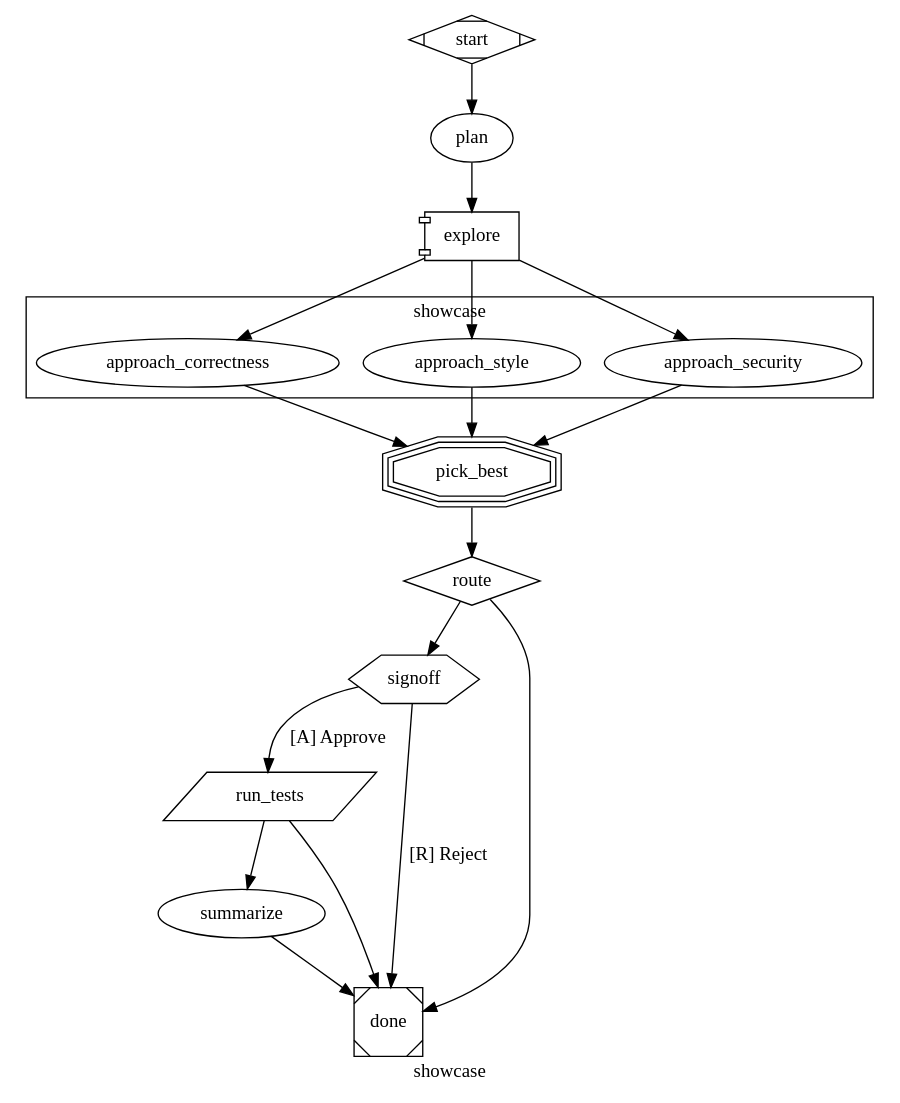
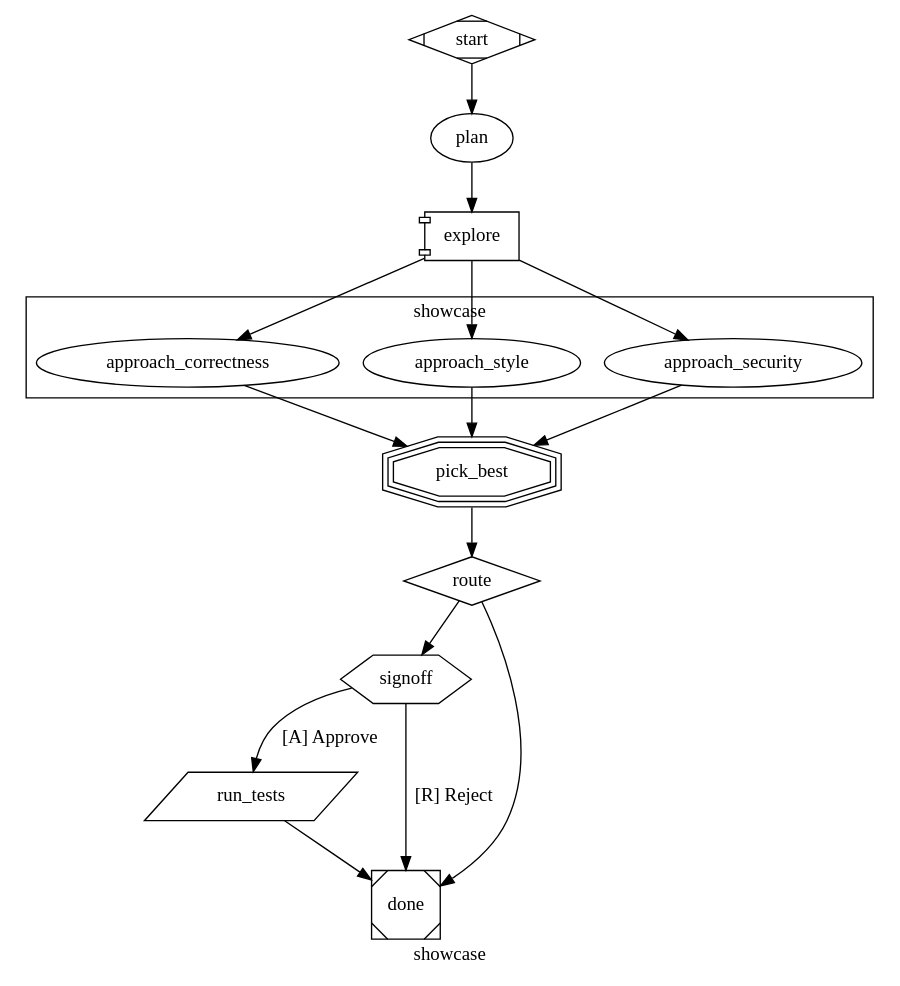
One commit to purrgrammer/fragua changed the diagram in .swarm/workflows/showcase.dot. Above: the diagram before and after it, drawn with Graphviz. The commit also changed 2 other files, not shown here.

Commit message:
[workflows] drop summarize nodes; merge accepts run id
- fix-bug.dot, showcase.dot: remove summarize codergen nodes; the agent's
  final assistant text already lands in the messages projection, so a
  dedicated summary turn is just extra Opus tokens.
- merge.dot: preflight resolves a swarm run id (matches ^[0-9a-z]{20,}$)
  by falling back to `swarm/runs/<id>` after the literal checkout fails,
  so `swarm run merge --input=<run-id>` works.

```diff
--- a/.swarm/workflows/showcase.dot
+++ b/.swarm/workflows/showcase.dot
@@ -1,105 +1,98 @@
 // showcase.dot — reference workflow exercising every shape and key feature.
 //
 // Shapes covered (attractor §2.8):
 //   Mdiamond      → start
 //   Msquare       → exit (done)
-//   box           → codergen          (plan, approach_*, summarize)
+//   box           → codergen          (plan, approach_*)
 //   component     → parallel          (explore — branches converge on pick_best)
 //   tripleoctagon → parallel.fan_in   (pick_best — LLM rank via prompt; fan-in
 //                                       target discovered structurally via edges
 //                                       per attractor §4.8)
 //   diamond       → conditional       (route — pure edge routing)
 //   hexagon       → wait.human        (signoff)
 //   parallelogram → tool              (run_tests — bun test)
 //
 // Also exercised: subgraph-derived class (`cluster_review` → `.review`),
 // stylesheet specificity (universal → class → id), `$<nodeId>.output`
 // chaining, condition-language reads on `context.hitl.<nodeId>`.
 //
 //   bun run swarm run showcase --input="explain the diff at HEAD"
 
 digraph showcase {
   graph [
     goal             = "Reference: every shape, parallel + fan_in, HITL pause/resume, tool node, class-based stylesheet."
     label            = "showcase"
     default_fidelity = "compact"
     model_stylesheet = "
       *          { llm_provider: anthropic; llm_model: claude-sonnet-4-6; }
       .review    { llm_model: claude-opus-4-7; }
       #pick_best { llm_model: claude-opus-4-7; reasoning_effort: high; }
     "
   ]
 
   start [shape=Mdiamond]
 
   plan [
     prompt = "Summarise $ARGUMENTS as a 3-line brief: WHAT changed, WHERE (package/path), WHY. End with `<promise>BRIEF_READY</promise>`."
     allowed_tools = "read, bash"
   ]
 
   explore [shape=component, join_policy="wait_all"]
 
   // cluster_review derives class `review`; the stylesheet gives every node
   // in here Opus + high reasoning. Branches are read-only deliberation.
   subgraph cluster_review {
     approach_correctness [
       prompt = "Using $plan.output, run `git diff HEAD` and list up to 3 CORRECTNESS risks (logic bugs, off-by-one, missing null checks): `RISK: <one line> (file:line)`. None → `NO_RISKS`."
       allowed_tools = "read, bash"
     ]
     approach_style [
       prompt = "Using $plan.output, run `git diff HEAD` and list STYLE/consistency regressions: `STYLE: <one line> (file:line)`. None → `NO_FINDINGS`."
       allowed_tools = "read, bash"
     ]
     approach_security [
       prompt = "Using $plan.output, run `git diff HEAD` and list SECURITY concerns (unvalidated input, secret leaks, auth bypass, injection): `SEC: <one line> (file:line)`. None → `NO_CONCERNS`."
       allowed_tools = "read, bash"
     ]
   }
 
   pick_best [
     shape  = tripleoctagon
     prompt = "Rank the three review angles by severity. Highlight the worst finding across them. Output a 5-line summary ending with one of `RANK_HIGH`, `RANK_MEDIUM`, `RANK_LOW`, `RANK_CLEAN`."
   ]
 
   // Diamond — pure edge routing. No prompt; outgoing edge conditions decide.
   // Here it short-circuits on a failed fan_in (e.g. every branch aborted).
   route [shape=diamond]
 
   signoff [
     shape  = hexagon
     prompt = "Reviewers ranked the diff. Approve to run tests, or reject to stop here."
   ]
 
   run_tests [shape=parallelogram, tool_command="bun test"]
 
-  summarize [
-    prompt   = "Combine $pick_best.output and $run_tests.output into a 5-line run summary. End with `SHOWCASE_DONE`."
-    fidelity = "truncate"
-  ]
-
   done [shape=Msquare]
 
   start -> plan -> explore
 
   explore -> approach_correctness
   explore -> approach_style
   explore -> approach_security
 
   approach_correctness -> pick_best
   approach_style       -> pick_best
   approach_security    -> pick_best
 
   pick_best -> route
 
   // Diamond: skip HITL on fan_in failure, otherwise gate on the operator.
   route -> done    [condition="outcome=fail"]
   route -> signoff
 
   // Structured HITL — selection routes by edge label accelerator (§4.6).
   signoff -> run_tests [label="[A] Approve"]
   signoff -> done      [label="[R] Reject"]
 
-  run_tests -> summarize [condition="outcome=success"]
-  run_tests -> done      [condition="outcome=fail"]
-  summarize -> done
+  run_tests -> done
 }
```
